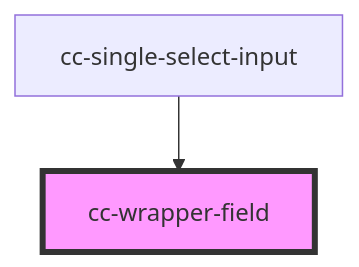
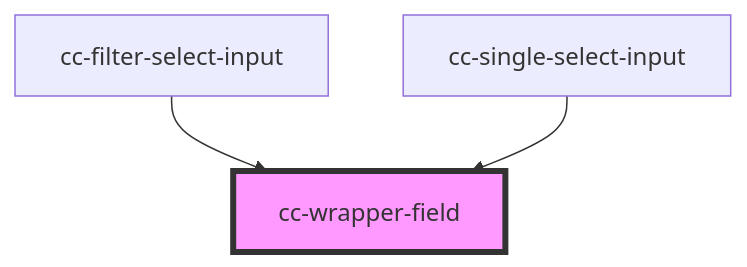
The diagram in packages/core/src/components/cc-wrapper-field/readme.md (lacafetalab/cafeta-components), drawn with Mermaid before and after one commit. The commit also changed other lines of this file and 21 other files, not shown here.

Commit message:
feat() component filter , componente autocomplete on cc single input , adding prop border on input

````diff
--- a/packages/core/src/components/cc-wrapper-field/readme.md
+++ b/packages/core/src/components/cc-wrapper-field/readme.md
@@ -31,5 +33,6 @@
 ```mermaid
 graph TD;
+  cc-filter-select-input --> cc-wrapper-field
   cc-single-select-input --> cc-wrapper-field
   style cc-wrapper-field fill:#f9f,stroke:#333,stroke-width:4px
 ```
````
